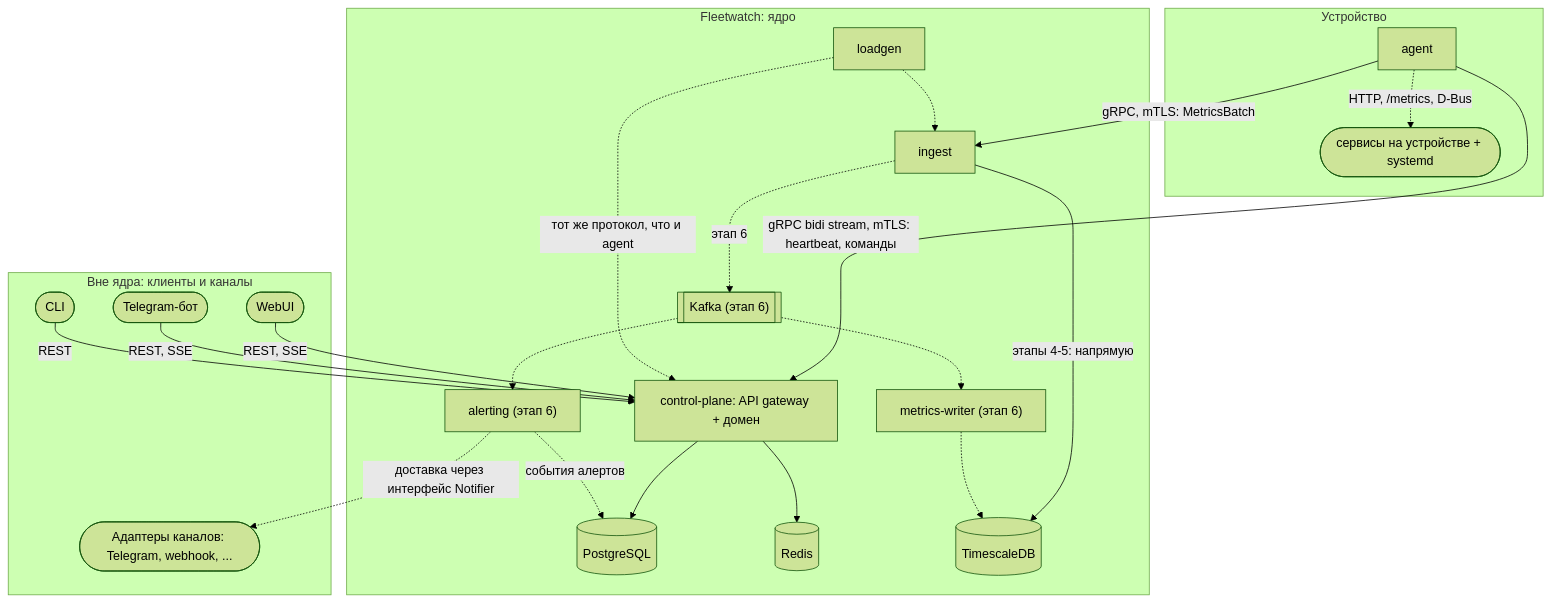
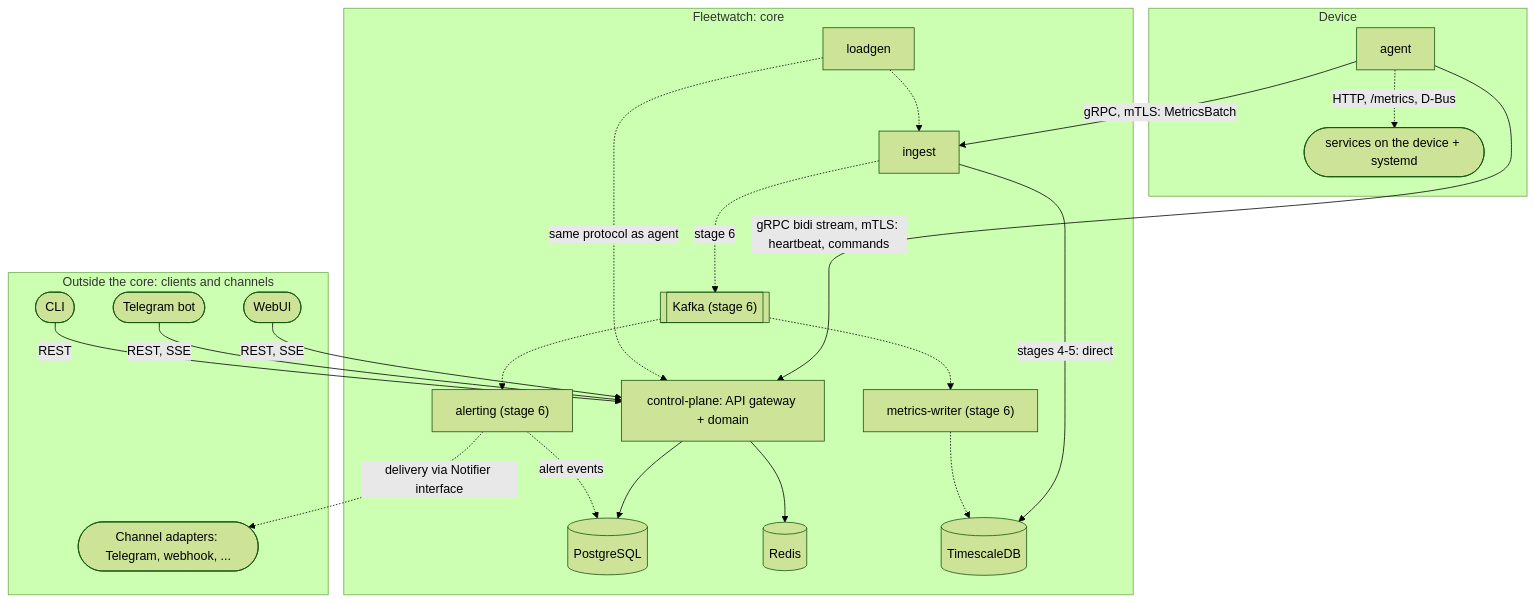
The second of 2 diagrams in docs/src/architecture/01-containers.md (GrandAdmiralBee/fleetwatch), drawn with Mermaid (forest theme) before and after one commit. The commit also changed other lines of this file and 2 other files, not shown here.

````diff
--- a/docs/src/architecture/01-containers.md
+++ b/docs/src/architecture/01-containers.md
@@ -49,47 +49,47 @@
 ```mermaid
 flowchart TB
-    subgraph device["Устройство"]
+    subgraph device["Device"]
         agent["agent"]
-        local(["сервисы на устройстве + systemd"])
+        local(["services on the device + systemd"])
         agent -.->|"HTTP, /metrics, D-Bus"| local
     end
 
-    subgraph fw["Fleetwatch: ядро"]
-        cp["control-plane: API gateway + домен"]
+    subgraph fw["Fleetwatch: core"]
+        cp["control-plane: API gateway + domain"]
         ingest["ingest"]
-        writer["metrics-writer (этап 6)"]
-        alerting["alerting (этап 6)"]
+        writer["metrics-writer (stage 6)"]
+        alerting["alerting (stage 6)"]
         loadgen["loadgen"]
 
         pg[("PostgreSQL")]
         redis[("Redis")]
         ts[("TimescaleDB")]
-        kafka[["Kafka (этап 6)"]]
+        kafka[["Kafka (stage 6)"]]
     end
 
-    subgraph ext["Вне ядра: клиенты и каналы"]
+    subgraph ext["Outside the core: clients and channels"]
         web(["WebUI"])
-        tgbot(["Telegram-бот"])
+        tgbot(["Telegram bot"])
         cli(["CLI"])
-        notif(["Адаптеры каналов: Telegram, webhook, ..."])
+        notif(["Channel adapters: Telegram, webhook, ..."])
     end
 
-    agent -->|"gRPC bidi stream, mTLS: heartbeat, команды"| cp
+    agent -->|"gRPC bidi stream, mTLS: heartbeat, commands"| cp
     agent -->|"gRPC, mTLS: MetricsBatch"| ingest
-    loadgen -.->|"тот же протокол, что и agent"| cp
+    loadgen -.->|"same protocol as agent"| cp
     loadgen -.-> ingest
 
     web -->|"REST, SSE"| cp
     tgbot -->|"REST, SSE"| cp
     cli -->|"REST"| cp
 
     cp --> pg
     cp --> redis
-    ingest -->|"этапы 4-5: напрямую"| ts
-    ingest -.->|"этап 6"| kafka
+    ingest -->|"stages 4-5: direct"| ts
+    ingest -.->|"stage 6"| kafka
     kafka -.-> writer
     writer -.-> ts
     kafka -.-> alerting
-    alerting -.->|"события алертов"| pg
-    alerting -.->|"доставка через интерфейс Notifier"| notif
+    alerting -.->|"alert events"| pg
+    alerting -.->|"delivery via Notifier interface"| notif
 ```
````
